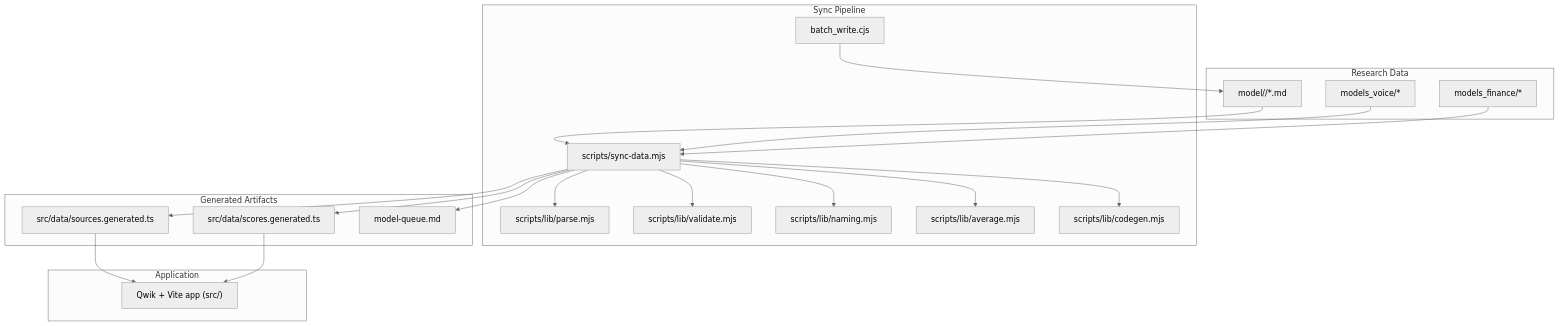
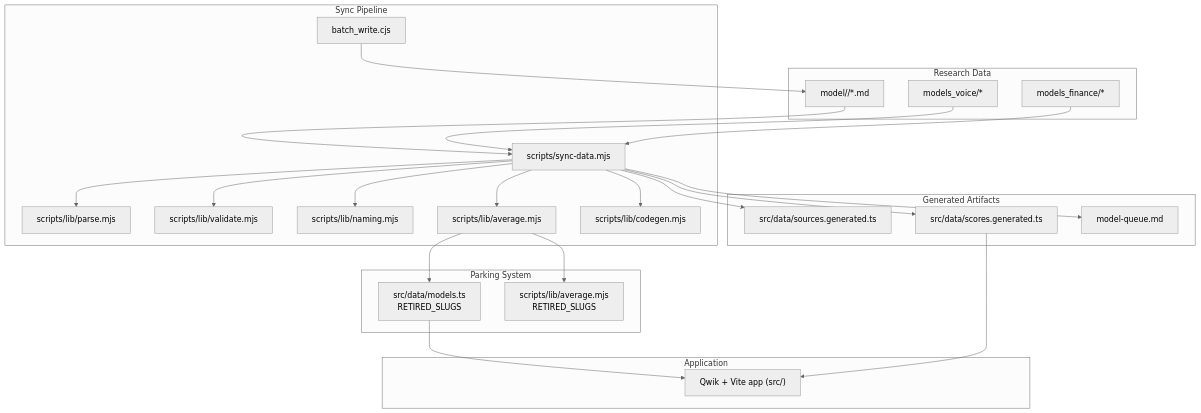
Before and after one commit to delirium-dj/modelcomp: the first of 8 diagrams in .qoder/repowiki/en/content/Build & Development Pipeline/Build & Development Pipeline.md, drawn with Mermaid (neutral theme). The commit also changed other lines of this file and 103 other files, not shown here.

First line of the commit message:
Enhance model parking system and update documentation

````diff
--- a/.qoder/repowiki/en/content/Build & Development Pipeline/Build & Development Pipeline.md
+++ b/.qoder/repowiki/en/content/Build & Development Pipeline/Build & Development Pipeline.md
@@ -68,39 +73,45 @@
 ```mermaid
 graph TB
 subgraph "Research Data"
 M["model/<slug>/*.md"]
 MV["models_voice/*"]
 MF["models_finance/*"]
 end
 subgraph "Sync Pipeline"
 SYNC["scripts/sync-data.mjs"]
 P["scripts/lib/parse.mjs"]
 V["scripts/lib/validate.mjs"]
 N["scripts/lib/naming.mjs"]
 A["scripts/lib/average.mjs"]
 C["scripts/lib/codegen.mjs"]
 BATCH["batch_write.cjs"]
 end
 subgraph "Generated Artifacts"
 SGEN["src/data/sources.generated.ts"]
 DGEN["src/data/scores.generated.ts"]
 MQ["model-queue.md"]
 end
+subgraph "Parking System"
+RSITE["src/data/models.ts<br/>RETIRED_SLUGS"]
+RAVG["scripts/lib/average.mjs<br/>RETIRED_SLUGS"]
+end
 subgraph "Application"
 APP["Qwik + Vite app (src/)"]
 end
 M --> SYNC
 MV --> SYNC
 MF --> SYNC
 BATCH --> M
 SYNC --> P
 SYNC --> V
 SYNC --> N
 SYNC --> A
 SYNC --> C
 SYNC --> SGEN
 SYNC --> DGEN
 SYNC --> MQ
-SGEN --> APP
+A --> RSITE
+A --> RAVG
+RSITE --> APP
 DGEN --> APP
 ```
````
